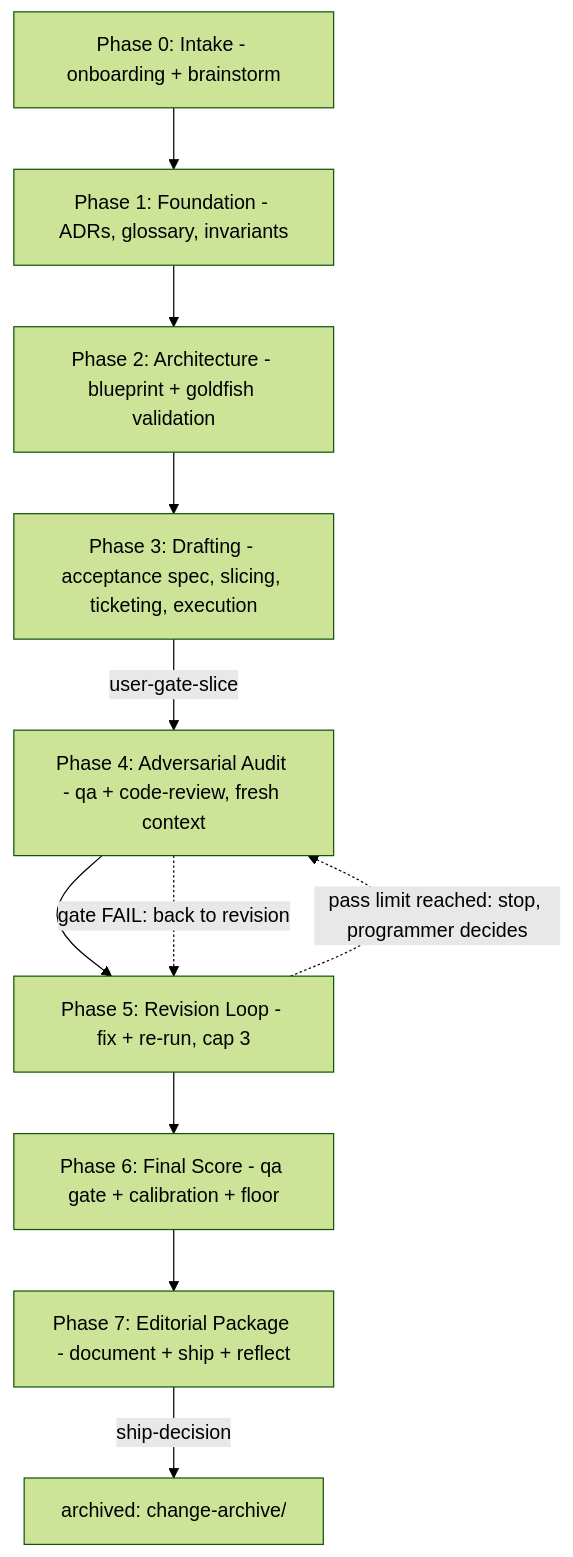
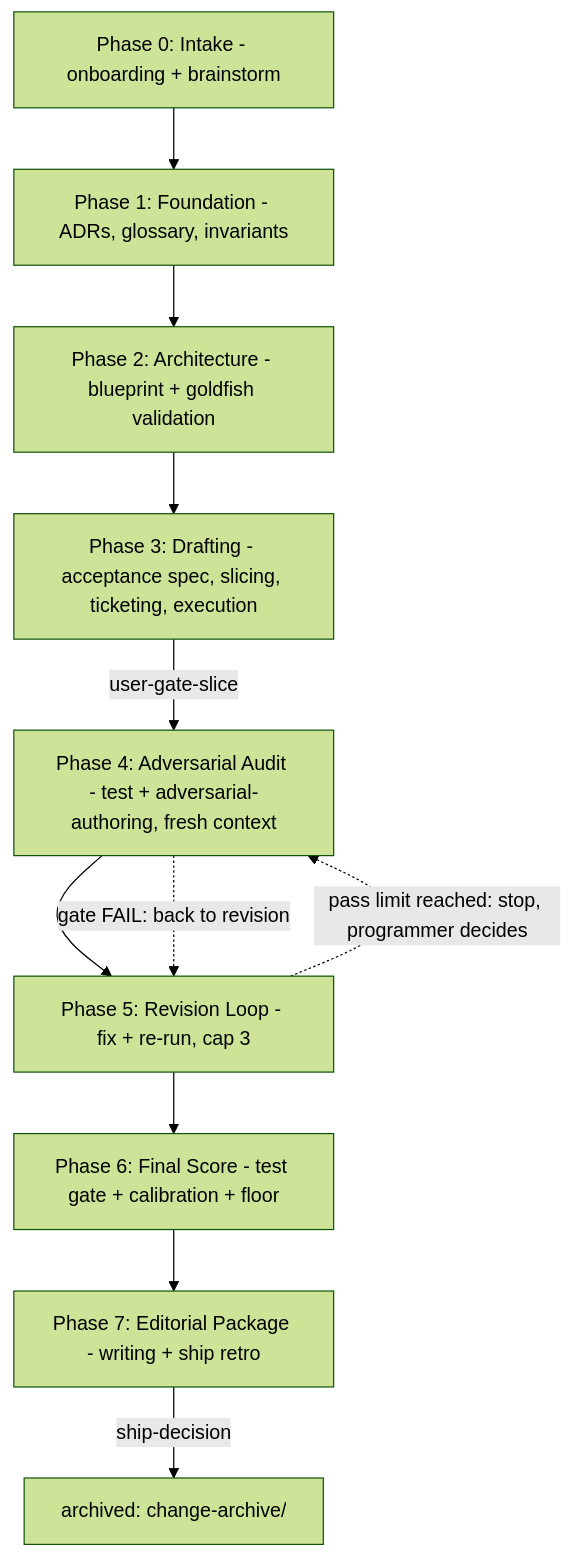
The diagram in .agents/skills/skillgrid/SKILL.md (devopstales/skillgrid), drawn with Mermaid (forest theme) before and after one commit. The commit also changed other lines of this file and 78 other files, not shown here.

````diff
--- a/.agents/skills/skillgrid/SKILL.md
+++ b/.agents/skills/skillgrid/SKILL.md
@@ -114,13 +114,13 @@
 ```mermaid
 flowchart TD
     A[Phase 0: Intake - onboarding + brainstorm] --> B[Phase 1: Foundation - ADRs, glossary, invariants]
     B --> C[Phase 2: Architecture - blueprint + goldfish validation]
     C --> D[Phase 3: Drafting - acceptance spec, slicing, ticketing, execution]
-    D -->|user-gate-slice| E[Phase 4: Adversarial Audit - qa + code-review, fresh context]
+    D -->|user-gate-slice| E[Phase 4: Adversarial Audit - test + adversarial-authoring, fresh context]
     E --> F[Phase 5: Revision Loop - fix + re-run, cap 3]
-    F --> G[Phase 6: Final Score - qa gate + calibration + floor]
-    G --> H[Phase 7: Editorial Package - document + ship + reflect]
+    F --> G[Phase 6: Final Score - test gate + calibration + floor]
+    G --> H[Phase 7: Editorial Package - writing + ship retro]
     H -->|ship-decision| I[archived: change-archive/]
     E -.->|gate FAIL: back to revision| F
     F -.->|pass limit reached: stop, programmer decides| E
 ```
````
